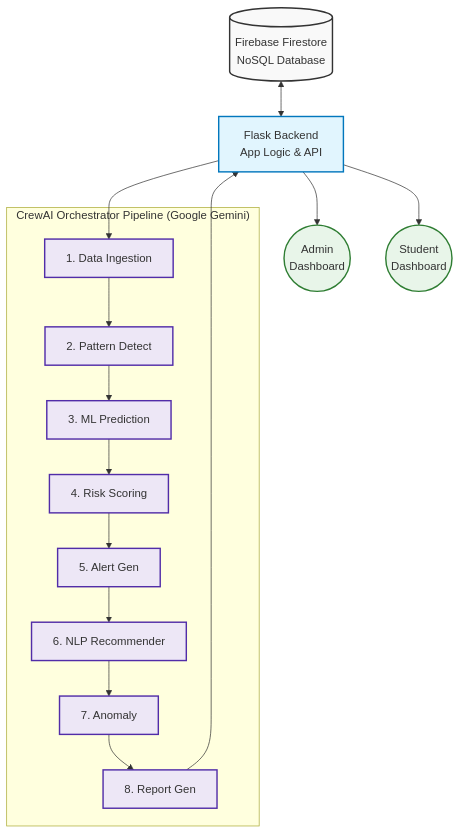
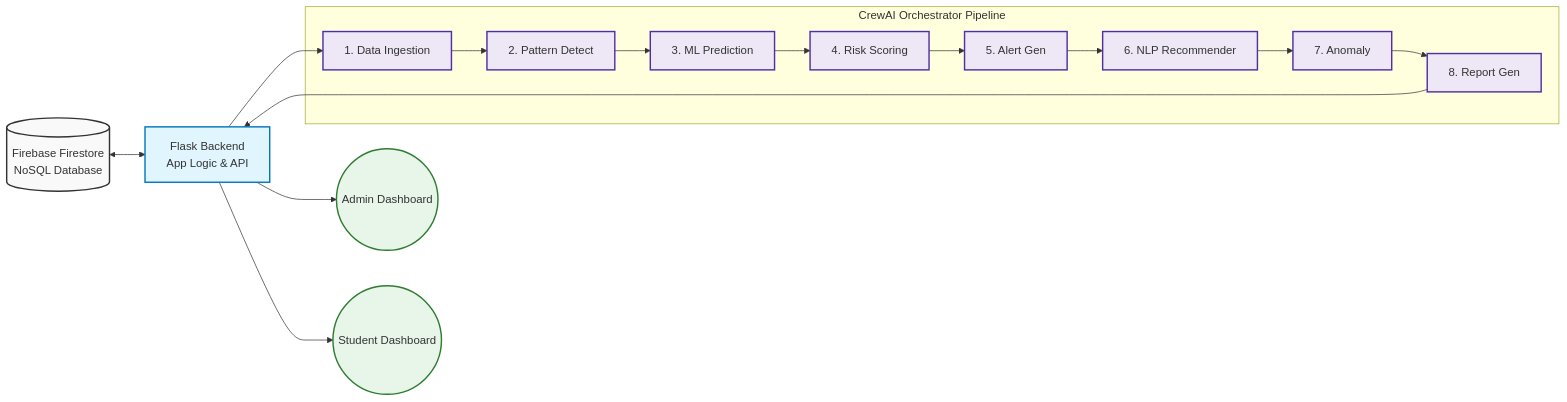
One commit to krishv24/attendx-copy2 changed the diagram in README.md. Above: the diagram before and after it, drawn with Mermaid.

Commit message:
readme changes

````diff
--- a/README.md
+++ b/README.md
@@ -102,36 +102,33 @@
 ```mermaid
-graph TD
-    %% Define Styles
-    classDef database fill:#f9f9f9,stroke:#333,stroke-width:2px;
-    classDef backend fill:#e1f5fe,stroke:#0277bd,stroke-width:2px;
-    classDef ai fill:#ede7f6,stroke:#512da8,stroke-width:2px;
-    classDef frontend fill:#e8f5e9,stroke:#2e7d32,stroke-width:2px;
+graph LR
+    classDef database fill:#f9f9f9,stroke:#333,stroke-width:2px
+    classDef backend fill:#e1f5fe,stroke:#0277bd,stroke-width:2px
+    classDef ai fill:#ede7f6,stroke:#512da8,stroke-width:2px
+    classDef frontend fill:#e8f5e9,stroke:#2e7d32,stroke-width:2px
 
-    %% Components
     DB[(Firebase Firestore\nNoSQL Database)]:::database
     Flask[Flask Backend\nApp Logic & API]:::backend
-    
-    subgraph "CrewAI Orchestrator Pipeline (Google Gemini)"
+
+    subgraph CrewAI Orchestrator Pipeline
         A1[1. Data Ingestion]:::ai
         A2[2. Pattern Detect]:::ai
         A3[3. ML Prediction]:::ai
         A4[4. Risk Scoring]:::ai
         A5[5. Alert Gen]:::ai
         A6[6. NLP Recommender]:::ai
         A7[7. Anomaly]:::ai
         A8[8. Report Gen]:::ai
-        
+
         A1 --> A2 --> A3 --> A4 --> A5 --> A6 --> A7 --> A8
     end
 
-    AdminUI((Admin \nDashboard)):::frontend
-    StudentUI((Student \nDashboard)):::frontend
+    AdminUI((Admin Dashboard)):::frontend
+    StudentUI((Student Dashboard)):::frontend
 
-    %% Connections
     DB <--> Flask
     Flask --> A1
     A8 --> Flask
-    
+
     Flask --> AdminUI
     Flask --> StudentUI
 ```
````
